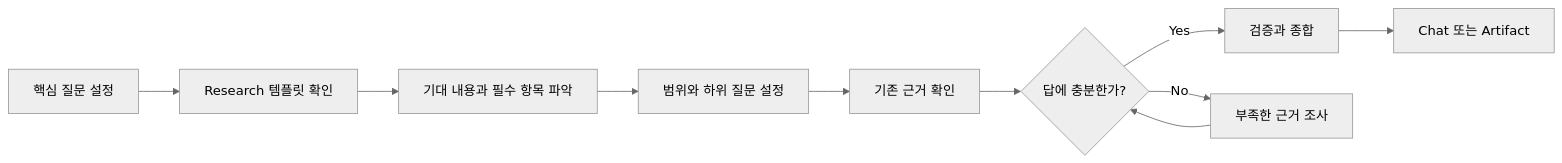
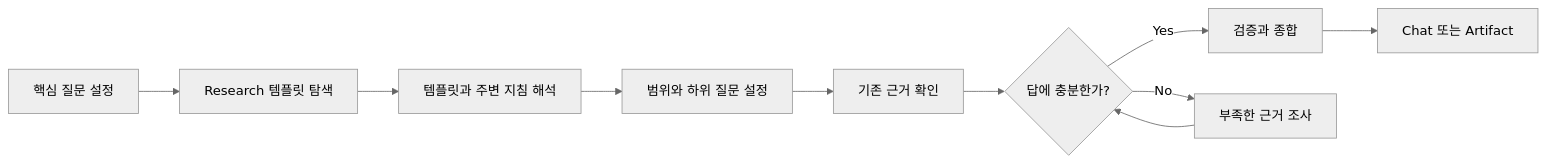
Before and after one commit to mols3131d/hmda-data-reliability: the diagram in .agents/skills/pivot-research/references/workflow.md, drawn with Mermaid (neutral theme). The commit also changed other lines of this file, not shown here.

Commit message:
refactor(research): clarify bounded template discovery

````diff
--- a/.agents/skills/pivot-research/references/workflow.md
+++ b/.agents/skills/pivot-research/references/workflow.md
@@ -7,12 +7,12 @@
 ```mermaid
 flowchart LR
-    A[핵심 질문 설정] --> B[Research 템플릿 확인]
-    B --> C[기대 내용과 필수 항목 파악]
+    A[핵심 질문 설정] --> B[Research 템플릿 탐색]
+    B --> C[템플릿과 주변 지침 해석]
     C --> D[범위와 하위 질문 설정]
     D --> E[기존 근거 확인]
     E --> F{답에 충분한가?}
     F -- Yes --> G[검증과 종합]
     F -- No --> H[부족한 근거 조사]
     H --> F
     G --> I[Chat 또는 Artifact]
 ```
````
